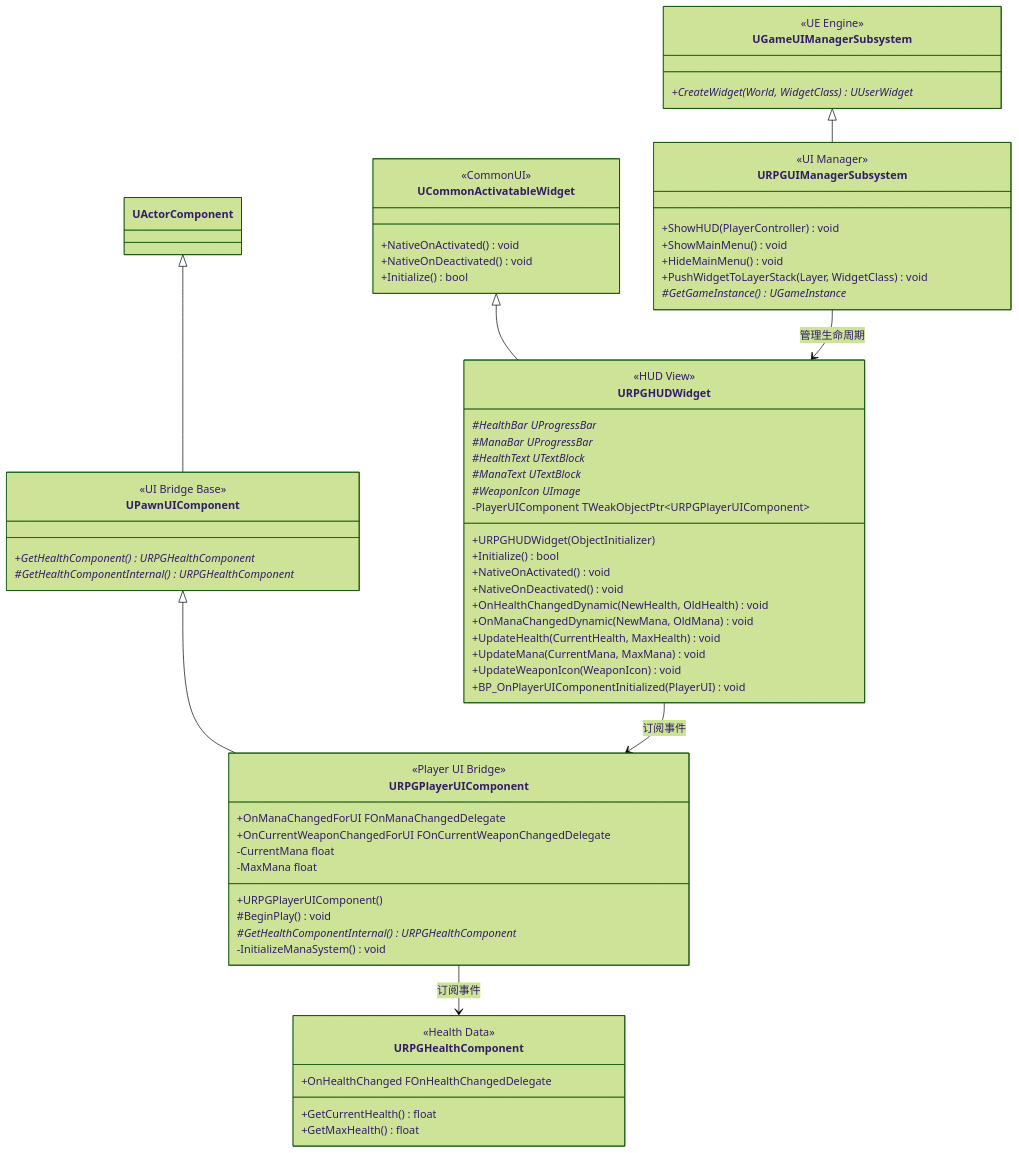
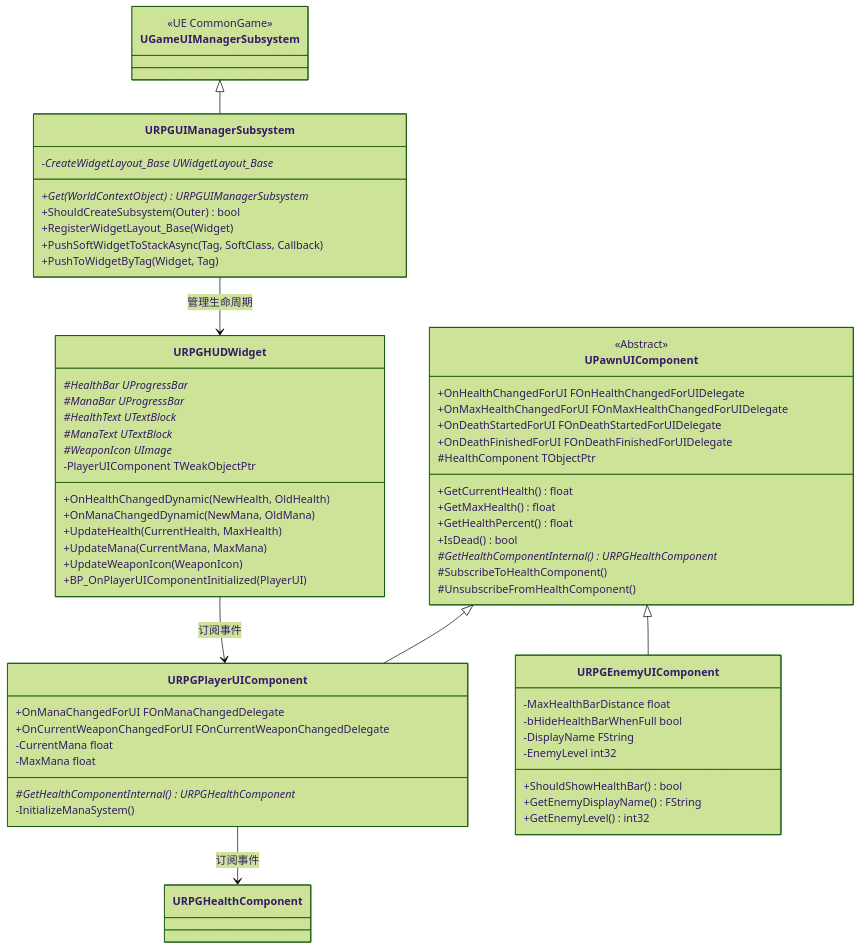
Before and after one commit to ARK31415/RPG: the third of 21 diagrams in Source/Docs/DetailedDesign.md, drawn with Mermaid (forest theme). The commit also changed other lines of this file and 11 other files, not shown here.

````diff
--- a/Source/Docs/DetailedDesign.md
+++ b/Source/Docs/DetailedDesign.md
@@ -422,76 +166,72 @@
 ```mermaid
 classDiagram
     class UGameUIManagerSubsystem {
-        <<UE Engine>>
-        +CreateWidget(World, WidgetClass) UUserWidget*
+        <<UE CommonGame>>
     }
     
     class URPGUIManagerSubsystem {
-        <<UI Manager>>
-        +ShowHUD(PlayerController) void
-        +ShowMainMenu() void
-        +HideMainMenu() void
-        +PushWidgetToLayerStack(Layer, WidgetClass) void
-        #GetGameInstance() UGameInstance*
+        +Get(WorldContextObject) URPGUIManagerSubsystem*
+        +ShouldCreateSubsystem(Outer) bool
+        +RegisterWidgetLayout_Base(Widget)
+        +PushSoftWidgetToStackAsync(Tag, SoftClass, Callback)
+        +PushToWidgetByTag(Widget, Tag)
+        -CreateWidgetLayout_Base UWidgetLayout_Base*
     }
     
-    class UCommonActivatableWidget {
-        <<CommonUI>>
-        +NativeOnActivated() void
-        +NativeOnDeactivated() void
-        +Initialize() bool
+    class UPawnUIComponent {
+        <<Abstract>>
+        +GetCurrentHealth() float
+        +GetMaxHealth() float
+        +GetHealthPercent() float
+        +IsDead() bool
+        +OnHealthChangedForUI FOnHealthChangedForUIDelegate
+        +OnMaxHealthChangedForUI FOnMaxHealthChangedForUIDelegate
+        +OnDeathStartedForUI FOnDeathStartedForUIDelegate
+        +OnDeathFinishedForUI FOnDeathFinishedForUIDelegate
+        #GetHealthComponentInternal() URPGHealthComponent*
+        #SubscribeToHealthComponent()
+        #UnsubscribeFromHealthComponent()
+        #HealthComponent TObjectPtr
+    }
+    
+    class URPGPlayerUIComponent {
+        +OnManaChangedForUI FOnManaChangedDelegate
+        +OnCurrentWeaponChangedForUI FOnCurrentWeaponChangedDelegate
+        #GetHealthComponentInternal() URPGHealthComponent*
+        -InitializeManaSystem()
+        -CurrentMana float
+        -MaxMana float
+    }
+    
+    class URPGEnemyUIComponent {
+        +ShouldShowHealthBar() bool
+        +GetEnemyDisplayName() FString
+        +GetEnemyLevel() int32
+        -MaxHealthBarDistance float
+        -bHideHealthBarWhenFull bool
+        -DisplayName FString
+        -EnemyLevel int32
     }
     
     class URPGHUDWidget {
-        <<HUD View>>
-        +URPGHUDWidget(ObjectInitializer)
-        +Initialize() bool
-        +NativeOnActivated() void
-        +NativeOnDeactivated() void
-        +OnHealthChangedDynamic(NewHealth, OldHealth) void
-        +OnManaChangedDynamic(NewMana, OldMana) void
-        +UpdateHealth(CurrentHealth, MaxHealth) void
-        +UpdateMana(CurrentMana, MaxMana) void
-        +UpdateWeaponIcon(WeaponIcon) void
-        +BP_OnPlayerUIComponentInitialized(PlayerUI) void
+        +OnHealthChangedDynamic(NewHealth, OldHealth)
+        +OnManaChangedDynamic(NewMana, OldMana)
+        +UpdateHealth(CurrentHealth, MaxHealth)
+        +UpdateMana(CurrentMana, MaxMana)
+        +UpdateWeaponIcon(WeaponIcon)
+        +BP_OnPlayerUIComponentInitialized(PlayerUI)
         #HealthBar UProgressBar*
         #ManaBar UProgressBar*
         #HealthText UTextBlock*
         #ManaText UTextBlock*
         #WeaponIcon UImage*
-        -PlayerUIComponent TWeakObjectPtr~URPGPlayerUIComponent~
-    }
-    
-    class UPawnUIComponent {
-        <<UI Bridge Base>>
-        +GetHealthComponent() URPGHealthComponent*
-        #GetHealthComponentInternal() URPGHealthComponent*
-    }
-    
-    class URPGPlayerUIComponent {
-        <<Player UI Bridge>>
-        +URPGPlayerUIComponent()
-        +OnManaChangedForUI FOnManaChangedDelegate
-        +OnCurrentWeaponChangedForUI FOnCurrentWeaponChangedDelegate
-        #BeginPlay() void
-        #GetHealthComponentInternal() URPGHealthComponent*
-        -InitializeManaSystem() void
-        -CurrentMana float
-        -MaxMana float
-    }
-    
-    class URPGHealthComponent {
-        <<Health Data>>
-        +OnHealthChanged FOnHealthChangedDelegate
-        +GetCurrentHealth() float
-        +GetMaxHealth() float
+        -PlayerUIComponent TWeakObjectPtr
     }
     
     UGameUIManagerSubsystem <|-- URPGUIManagerSubsystem
-    UCommonActivatableWidget <|-- URPGHUDWidget
-    UActorComponent <|-- UPawnUIComponent
     UPawnUIComponent <|-- URPGPlayerUIComponent
+    UPawnUIComponent <|-- URPGEnemyUIComponent
     URPGUIManagerSubsystem --> URPGHUDWidget : 管理生命周期
     URPGHUDWidget --> URPGPlayerUIComponent : 订阅事件
     URPGPlayerUIComponent --> URPGHealthComponent : 订阅事件
 ```
````
